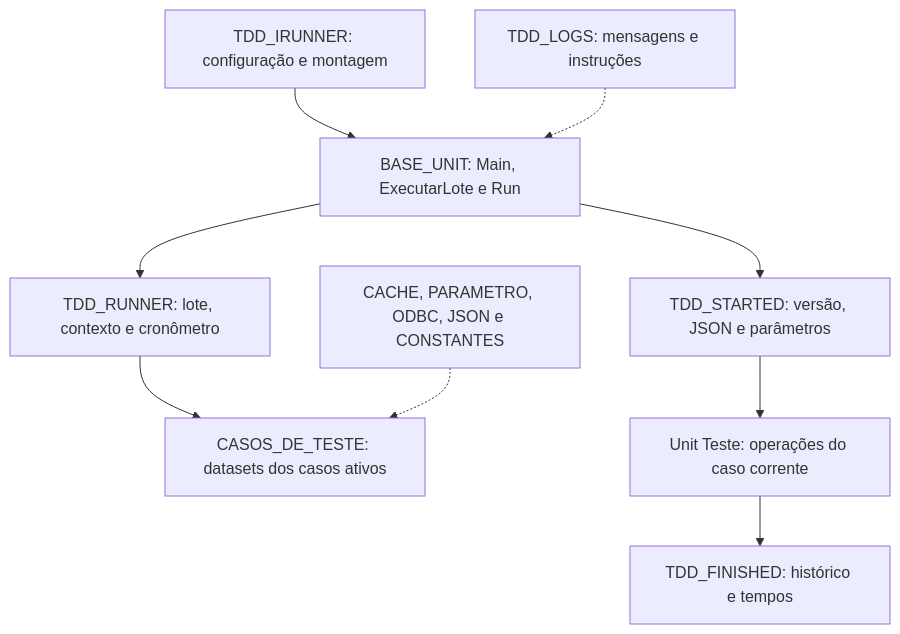
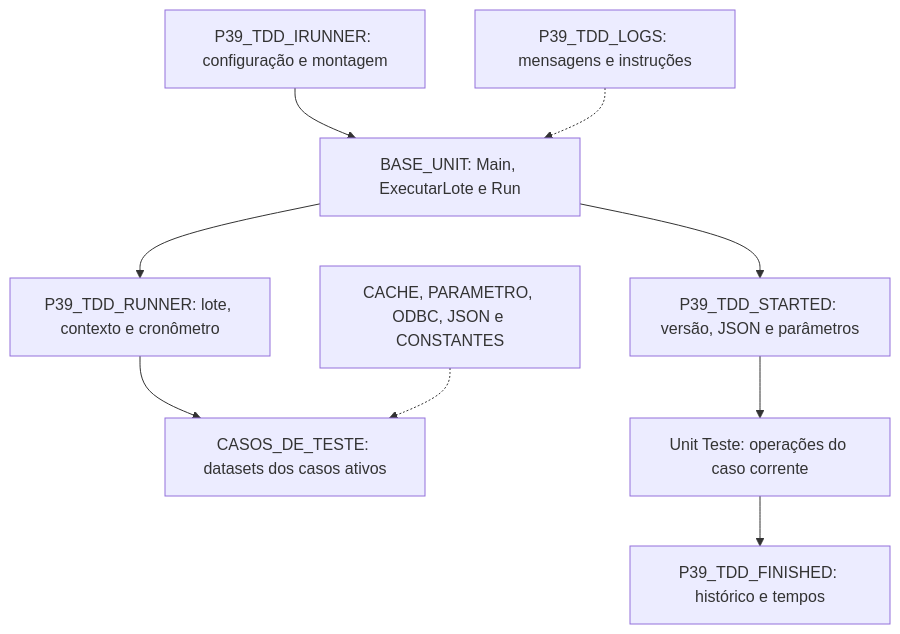
One commit to ModulosTestesAutomatizados/TestesAutomatizadosERP changed the diagram in docs/MAPEAMENTO_AST_USES_UNITS/runner/responsabilidades.md. Above: the diagram before and after it, drawn with Mermaid. The commit also changed 79 other files, not shown here.

````diff
--- a/docs/MAPEAMENTO_AST_USES_UNITS/runner/responsabilidades.md
+++ b/docs/MAPEAMENTO_AST_USES_UNITS/runner/responsabilidades.md
@@ -5,11 +5,11 @@
 ```mermaid
 flowchart TD
-  IRunner["TDD_IRUNNER: configuração e montagem"] --> Base["BASE_UNIT: Main, ExecutarLote e Run"]
-  Base --> Runner["TDD_RUNNER: lote, contexto e cronômetro"]
+  IRunner["P39_TDD_IRUNNER: configuração e montagem"] --> Base["BASE_UNIT: Main, ExecutarLote e Run"]
+  Base --> Runner["P39_TDD_RUNNER: lote, contexto e cronômetro"]
   Runner --> Casos["CASOS_DE_TESTE: datasets dos casos ativos"]
-  Base --> Started["TDD_STARTED: versão, JSON e parâmetros"]
+  Base --> Started["P39_TDD_STARTED: versão, JSON e parâmetros"]
   Started --> Teste["Unit Teste: operações do caso corrente"]
-  Teste --> Finished["TDD_FINISHED: histórico e tempos"]
-  Logs["TDD_LOGS: mensagens e instruções"] -.-> Base
+  Teste --> Finished["P39_TDD_FINISHED: histórico e tempos"]
+  Logs["P39_TDD_LOGS: mensagens e instruções"] -.-> Base
   Apoio["CACHE, PARAMETRO, ODBC, JSON e CONSTANTES"] -.-> Casos
 ```
````
